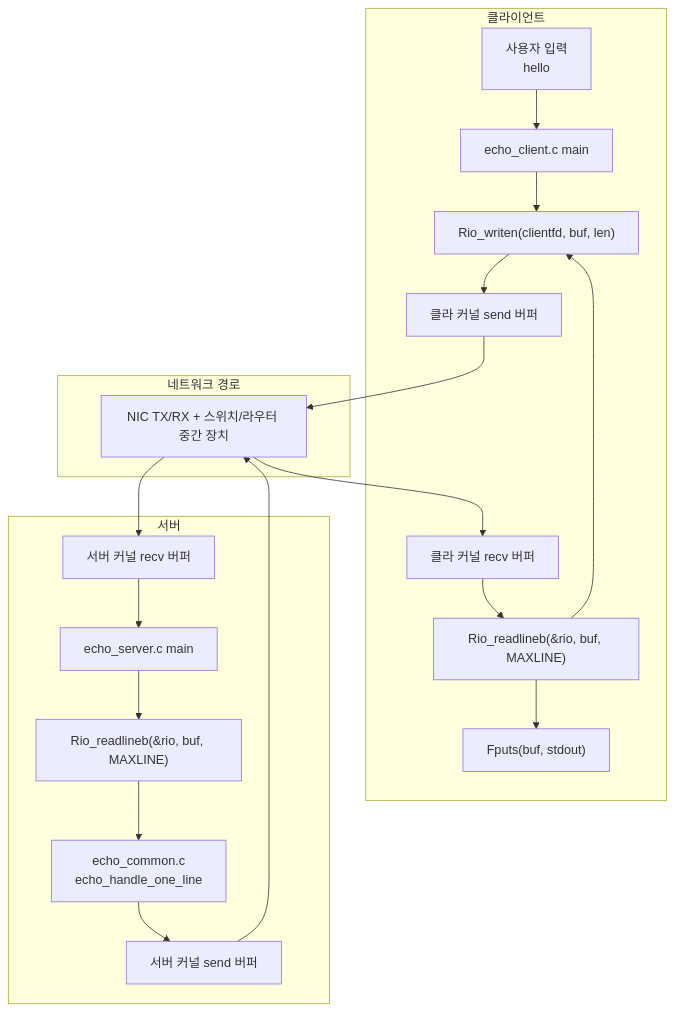
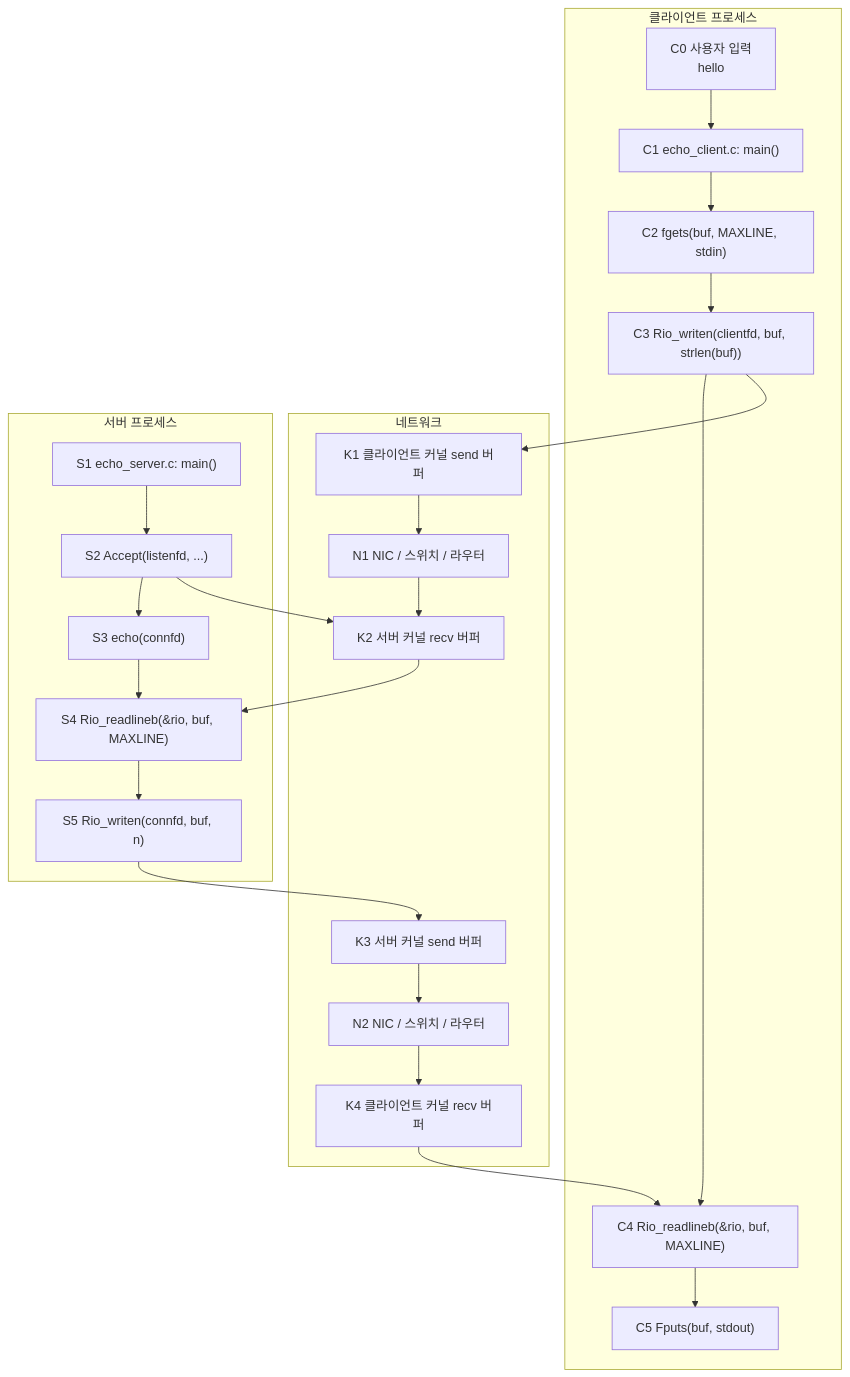
The first of 5 diagrams in docs/Study/클라이언트-서버 통신에서 데이터 이동 경로.md (HyeYeonLee0112/SW-AI-W08-Webproxy-Lab), drawn with Mermaid before and after one commit. The commit also changed other lines of this file and 3 other files, not shown here.

Commit message:
Enhance echo server implementation with detailed comments and improve connection handling

````diff
--- a/docs/Study/클라이언트-서버 통신에서 데이터 이동 경로.md
+++ b/docs/Study/클라이언트-서버 통신에서 데이터 이동 경로.md
@@ -9,27 +8,35 @@
 ```mermaid
 flowchart TD
-  subgraph C["클라이언트"]
-    U["사용자 입력<br/>hello"]
-    CMain["echo_client.c main"]
-    CF1["Rio_writen(clientfd, buf, len)"]
-    Ck1["클라 커널 send 버퍼"]
-    Ck2["클라 커널 recv 버퍼"]
-    CR["Rio_readlineb(&rio, buf, MAXLINE)"]
-    COut["Fputs(buf, stdout)"]
+  subgraph C["클라이언트 프로세스"]
+    C0["C0 사용자 입력<br/>hello"]
+    C1["C1 echo_client.c: main()"]
+    C2["C2 fgets(buf, MAXLINE, stdin)"]
+    C3["C3 Rio_writen(clientfd, buf, strlen(buf))"]
+    C4["C4 Rio_readlineb(&rio, buf, MAXLINE)"]
+    C5["C5 Fputs(buf, stdout)"]
+    C1 --> C2 --> C3 --> C4 --> C5
   end
 
-  subgraph Net["네트워크 경로"]
-    N["NIC TX/RX + 스위치/라우터 중간 장치"]
+  subgraph Net["네트워크"]
+    K1["K1 클라이언트 커널 send 버퍼"] --> N1["N1 NIC / 스위치 / 라우터"]
+    N1 --> K2["K2 서버 커널 recv 버퍼"]
+    K3["K3 서버 커널 send 버퍼"] --> N2["N2 NIC / 스위치 / 라우터"]
+    N2 --> K4["K4 클라이언트 커널 recv 버퍼"]
   end
 
-  subgraph S["서버"]
-    SMain["echo_server.c main"]
-    SCommon["echo_common.c<br/>echo_handle_one_line"]
-    SRead["Rio_readlineb(&rio, buf, MAXLINE)"]
-    Sk1["서버 커널 recv 버퍼"]
-    Sk2["서버 커널 send 버퍼"]
+  subgraph S["서버 프로세스"]
+    S1["S1 echo_server.c: main()"]
+    S2["S2 Accept(listenfd, ...)"]
+    S3["S3 echo(connfd)"]
+    S4["S4 Rio_readlineb(&rio, buf, MAXLINE)"]
+    S5["S5 Rio_writen(connfd, buf, n)"]
+    S1 --> S2 --> S3 --> S4 --> S5
   end
 
-  U --> CMain --> CF1 --> Ck1 --> N --> Sk1 --> SMain --> SRead --> SCommon --> Sk2 --> N --> Ck2 --> CR --> COut
-  CR --> CF1
+  C0 --> C1
+  C3 --> K1
+  K2 --> S4
+  S2 --> K2
+  S5 --> K3
+  K4 --> C4
 ```
````
